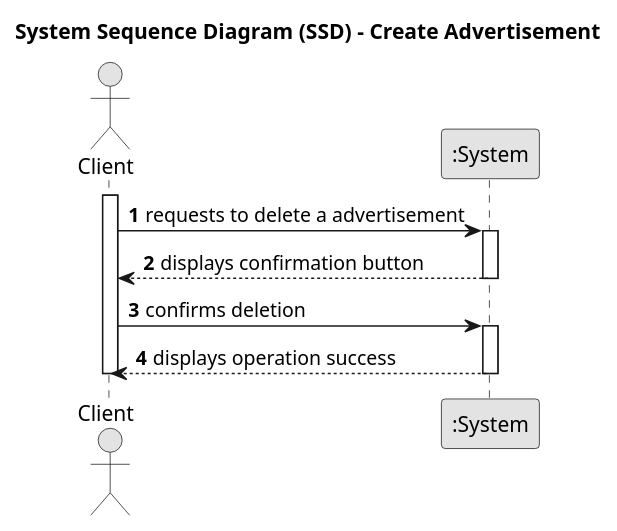
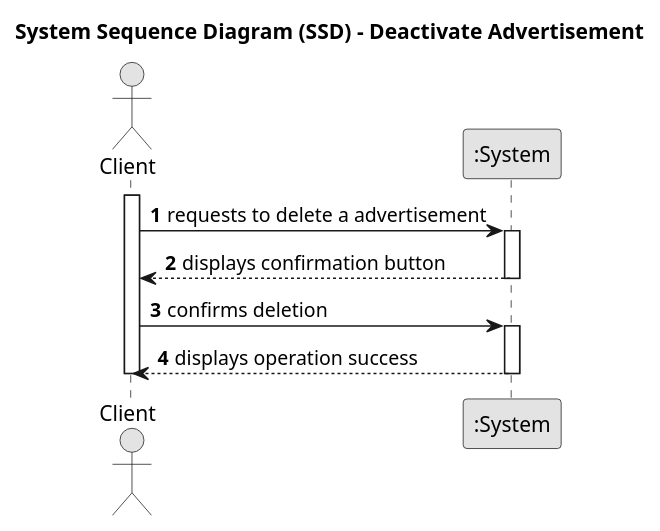
Before and after one commit to vivianeaalmeida/ComeAndGet: the diagram in Docs/US14/01-requirements-engineering/US14-SSD.puml, drawn with PlantUML. The commit also changed 25 other files, not shown here.

```diff
--- a/Docs/US14/01-requirements-engineering/US14-SSD.puml
+++ b/Docs/US14/01-requirements-engineering/US14-SSD.puml
@@ -1,28 +1,28 @@
 @startuml
 skinparam monochrome true
 skinparam packageStyle rectangle
 skinparam shadowing false
 
-title System Sequence Diagram (SSD) - Create Advertisement
+title System Sequence Diagram (SSD) - Deactivate Advertisement
 
 autonumber
 
 actor "Client" as Client
 participant ":System" as System
 
 activate Client
 
     Client -> System : requests to delete a advertisement
         activate System
 
             System --> Client : displays confirmation button
         deactivate System
 
         Client -> System : confirms deletion
         activate System
 
             System --> Client : displays operation success
         deactivate System
 
 deactivate Client
 @enduml
```
